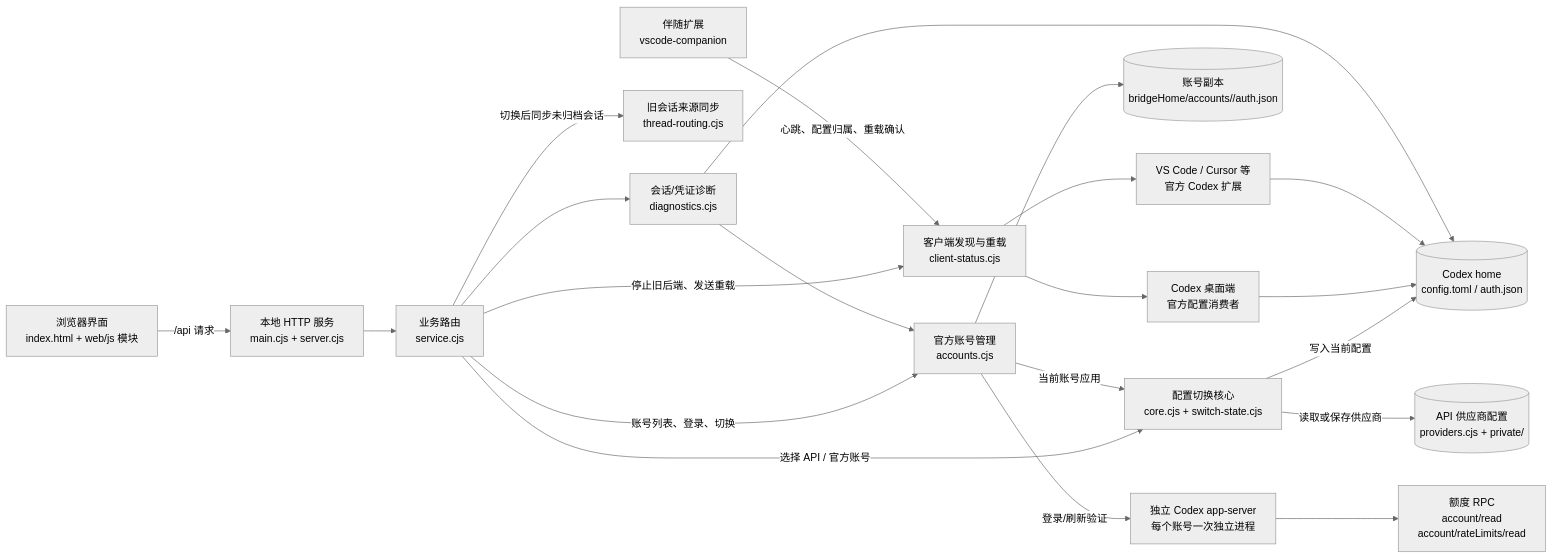
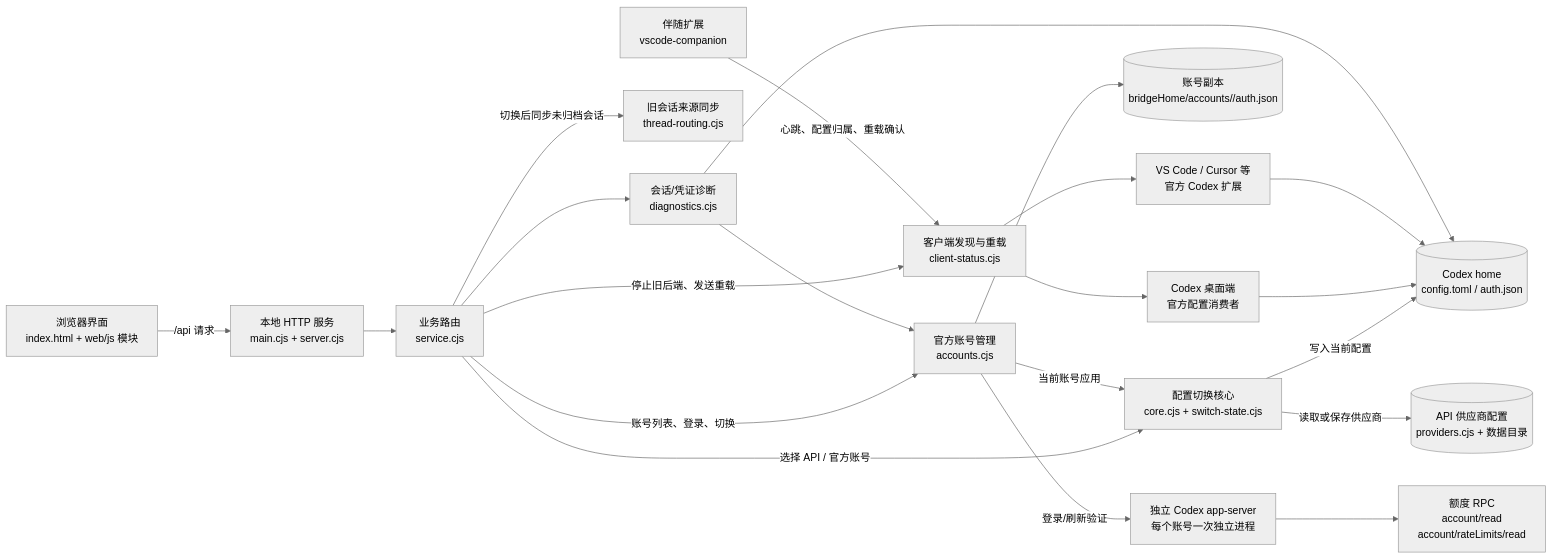
Before and after one commit to zengjiahao-1322/codex-switcher-demo: the diagram in docs/ARCHITECTURE.md, drawn with Mermaid (neutral theme). The commit also changed other lines of this file and 32 other files, not shown here.

````diff
--- a/docs/ARCHITECTURE.md
+++ b/docs/ARCHITECTURE.md
@@ -23,39 +23,39 @@
 ```mermaid
 flowchart LR
   UI[浏览器界面\nindex.html + web/js 模块]
   S[本地 HTTP 服务\nmain.cjs + server.cjs]
   H[业务路由\nservice.cjs]
   CORE[配置切换核心\ncore.cjs + switch-state.cjs]
   STORE[(Codex home\nconfig.toml / auth.json)]
-  PROV[(API 供应商配置\nproviders.cjs + private/)]
+  PROV[(API 供应商配置\nproviders.cjs + 数据目录)]
   ACC[官方账号管理\naccounts.cjs]
   AUTH[(账号副本\nbridgeHome/accounts/<id>/auth.json)]
   RPC[独立 Codex app-server\n每个账号一次独立进程]
   QUOTA[额度 RPC\naccount/read\naccount/rateLimits/read]
   DESK[Codex 桌面端\n官方配置消费者]
   IDE[VS Code / Cursor 等\n官方 Codex 扩展]
   EXT[伴随扩展\nvscode-companion]
   CLIENT[客户端发现与重载\nclient-status.cjs]
   THREAD[旧会话来源同步\nthread-routing.cjs]
   DIAG[会话/凭证诊断\ndiagnostics.cjs]
 
   UI -->|/api 请求| S --> H
   H -->|选择 API / 官方账号| CORE
   CORE -->|写入当前配置| STORE
   CORE -->|读取或保存供应商| PROV
   H -->|账号列表、登录、切换| ACC
   ACC --> AUTH
   ACC -->|登录/刷新验证| RPC
   RPC --> QUOTA
   ACC -->|当前账号应用| CORE
   H -->|切换后同步未归档会话| THREAD
   H -->|停止旧后端、发送重载| CLIENT
   CLIENT --> DESK
   CLIENT --> IDE
   EXT -->|心跳、配置归属、重载确认| CLIENT
   DESK --> STORE
   IDE --> STORE
   H --> DIAG
   DIAG --> STORE
   DIAG --> ACC
 ```
````
